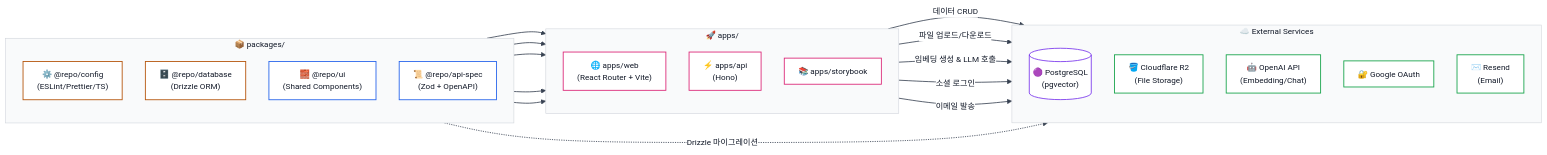
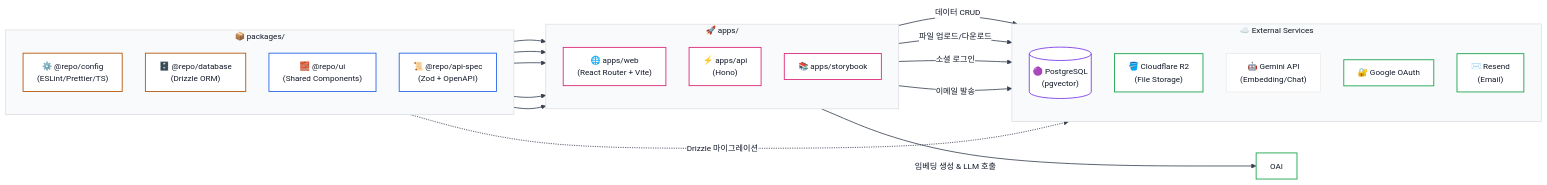
One commit to qaws7791/turbo-hono-next changed the diagram in README.md. Above: the diagram before and after it, drawn with Mermaid. The commit also changed other lines of this file and 49 other files, not shown here.

```diff
--- a/README.md
+++ b/README.md
@@ -203,7 +203,7 @@
     direction TB
     PG[("🟣 PostgreSQL<br/>(pgvector)")]
     R2["🪣 Cloudflare R2<br/>(File Storage)"]
-    OAI["🤖 OpenAI API<br/>(Embedding/Chat)"]
+    GEM["🤖 Gemini API<br/>(Embedding/Chat)"]
     GOOG["🔐 Google OAuth"]
     RS["✉️ Resend<br/>(Email)"]
   end
```
